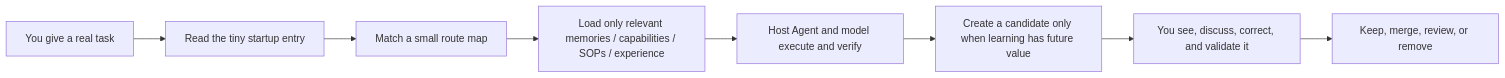
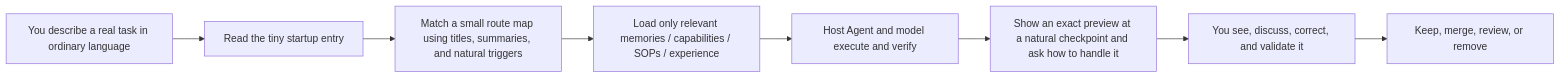
One commit to Ww-Cooooo/Agent-Carry changed the second of 2 diagrams in README.en.md. Above: the diagram before and after it, drawn with Mermaid. The commit also changed other lines of this file and 148 other files, not shown here.

````diff
--- a/README.en.md
+++ b/README.en.md
@@ -156,10 +158,10 @@
 ```mermaid
 flowchart LR
-    T["You give a real task"] --> B["Read the tiny startup entry"]
-    B --> R["Match a small route map"]
+    T["You describe a real task in ordinary language"] --> B["Read the tiny startup entry"]
+    B --> R["Match a small route map using titles, summaries, and natural triggers"]
     R --> A["Load only relevant memories / capabilities / SOPs / experience"]
     A --> W["Host Agent and model execute and verify"]
-    W --> L["Create a candidate only when learning has future value"]
+    W --> L["Show an exact preview at a natural checkpoint and ask how to handle it"]
     L --> V["You see, discuss, correct, and validate it"]
     V --> P["Keep, merge, review, or remove"]
 ```
````
